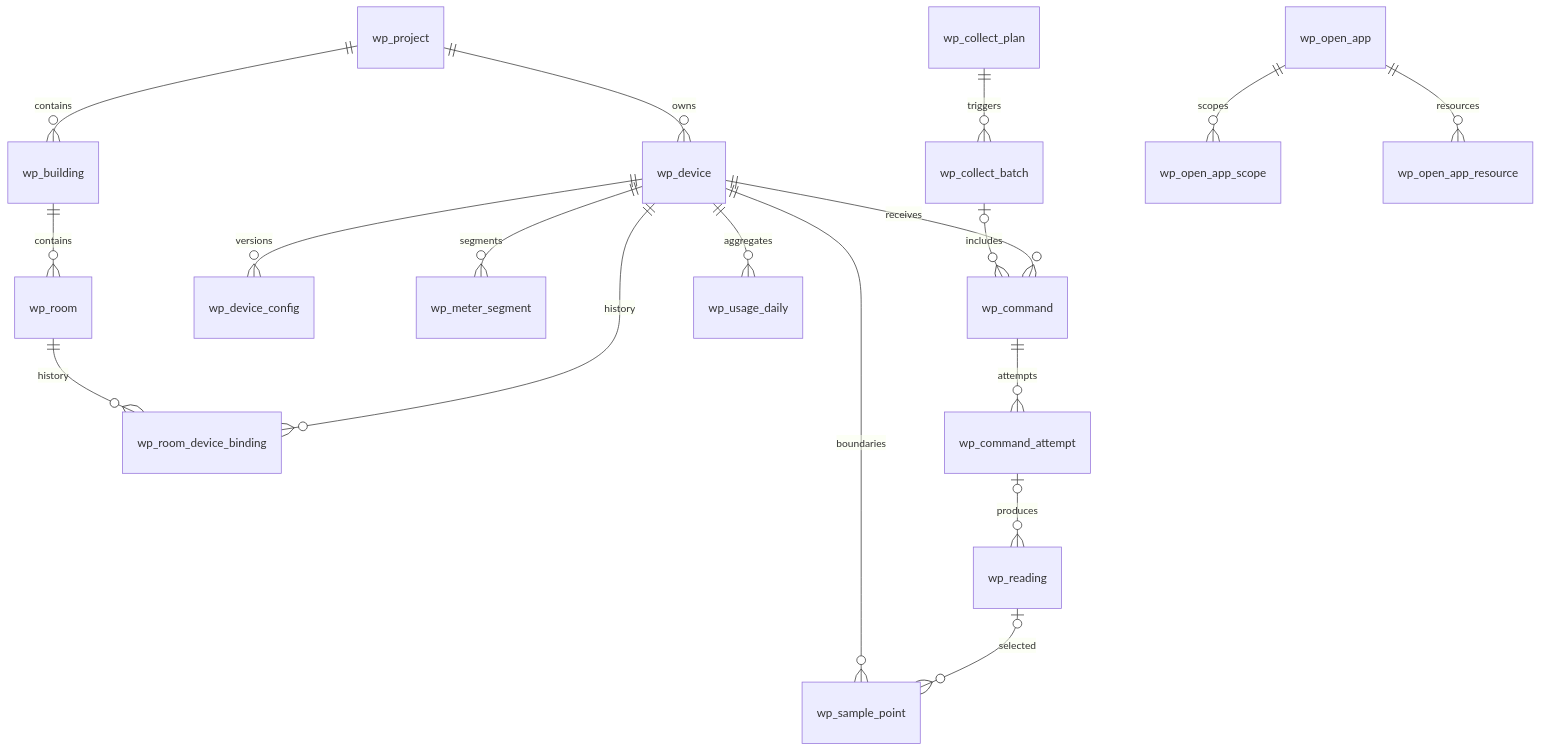
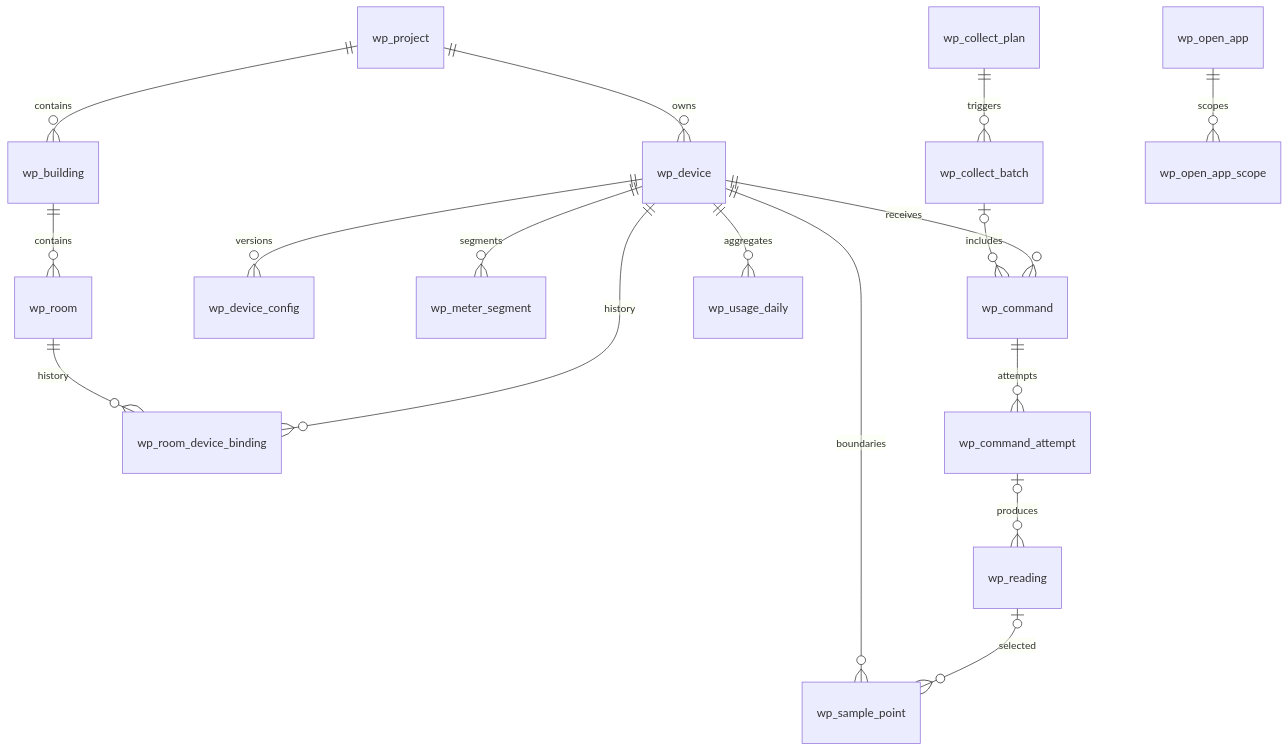
The second of 2 diagrams in 业务平台/水电表业务平台开发方案.md (pianpu/water-energy-platform), drawn with Mermaid before and after one commit. The commit also changed other lines of this file and 9 other files, not shown here.

````diff
--- a/业务平台/水电表业务平台开发方案.md
+++ b/业务平台/水电表业务平台开发方案.md
@@ -537,20 +538,19 @@
 ```mermaid
 erDiagram
     wp_project ||--o{ wp_building : contains
     wp_building ||--o{ wp_room : contains
     wp_project ||--o{ wp_device : owns
     wp_room ||--o{ wp_room_device_binding : history
     wp_device ||--o{ wp_room_device_binding : history
     wp_device ||--o{ wp_device_config : versions
     wp_device ||--o{ wp_meter_segment : segments
     wp_collect_plan ||--o{ wp_collect_batch : triggers
     wp_collect_batch o|--o{ wp_command : includes
     wp_device ||--o{ wp_command : receives
     wp_command ||--o{ wp_command_attempt : attempts
     wp_command_attempt o|--o{ wp_reading : produces
     wp_device ||--o{ wp_sample_point : boundaries
     wp_reading o|--o{ wp_sample_point : selected
     wp_device ||--o{ wp_usage_daily : aggregates
     wp_open_app ||--o{ wp_open_app_scope : scopes
-    wp_open_app ||--o{ wp_open_app_resource : resources
 ```
````
